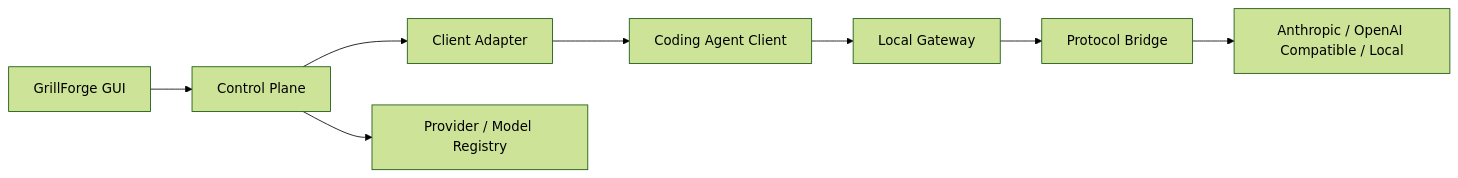
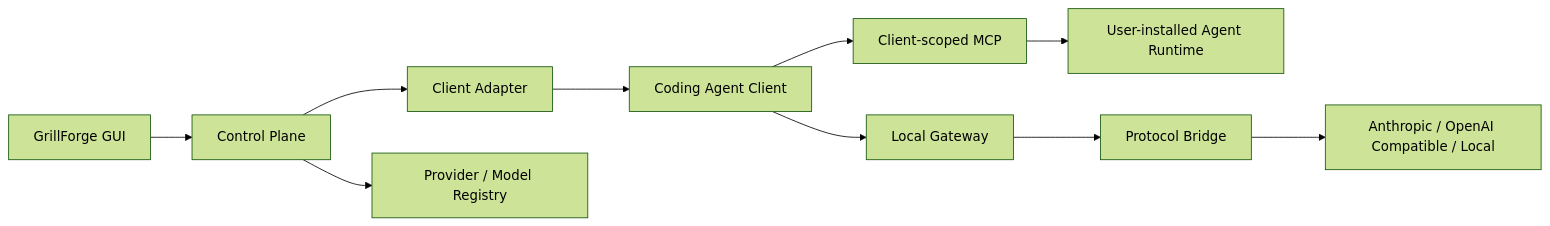
The diagram in README.md (liiiiwh/GrillForge), drawn with Mermaid (forest theme) before and after one commit. The commit also changed other lines of this file and 63 other files, not shown here.

Commit message:
feat: add client-scoped extension subagents

````diff
--- a/README.md
+++ b/README.md
@@ -87,10 +88,12 @@
 ```mermaid
 flowchart LR
     UI["GrillForge GUI"] --> Core["Control Plane"]
     Core --> Adapter["Client Adapter"]
     Core --> Registry["Provider / Model Registry"]
     Adapter --> Client["Coding Agent Client"]
     Client --> Gateway["Local Gateway"]
+    Client --> MCP["Client-scoped MCP"]
+    MCP --> Runtime["User-installed Agent Runtime"]
     Gateway --> Bridge["Protocol Bridge"]
     Bridge --> Provider["Anthropic / OpenAI Compatible / Local"]
 ```
````
